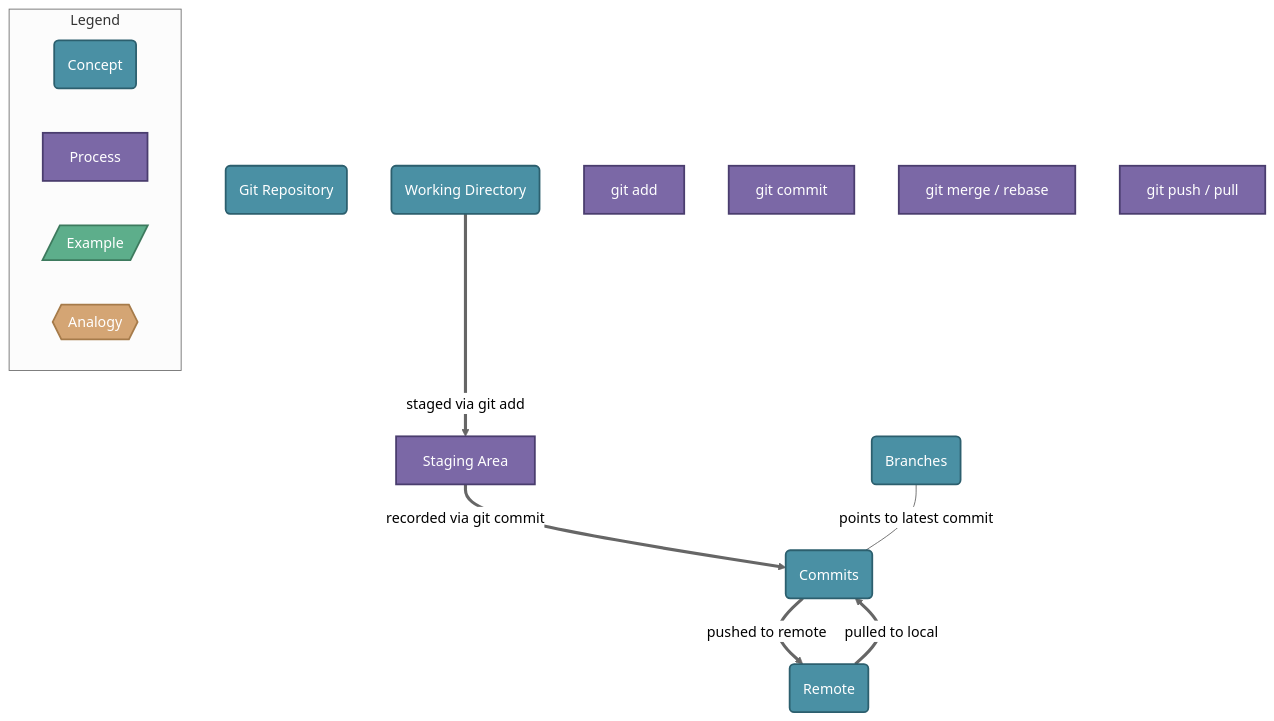
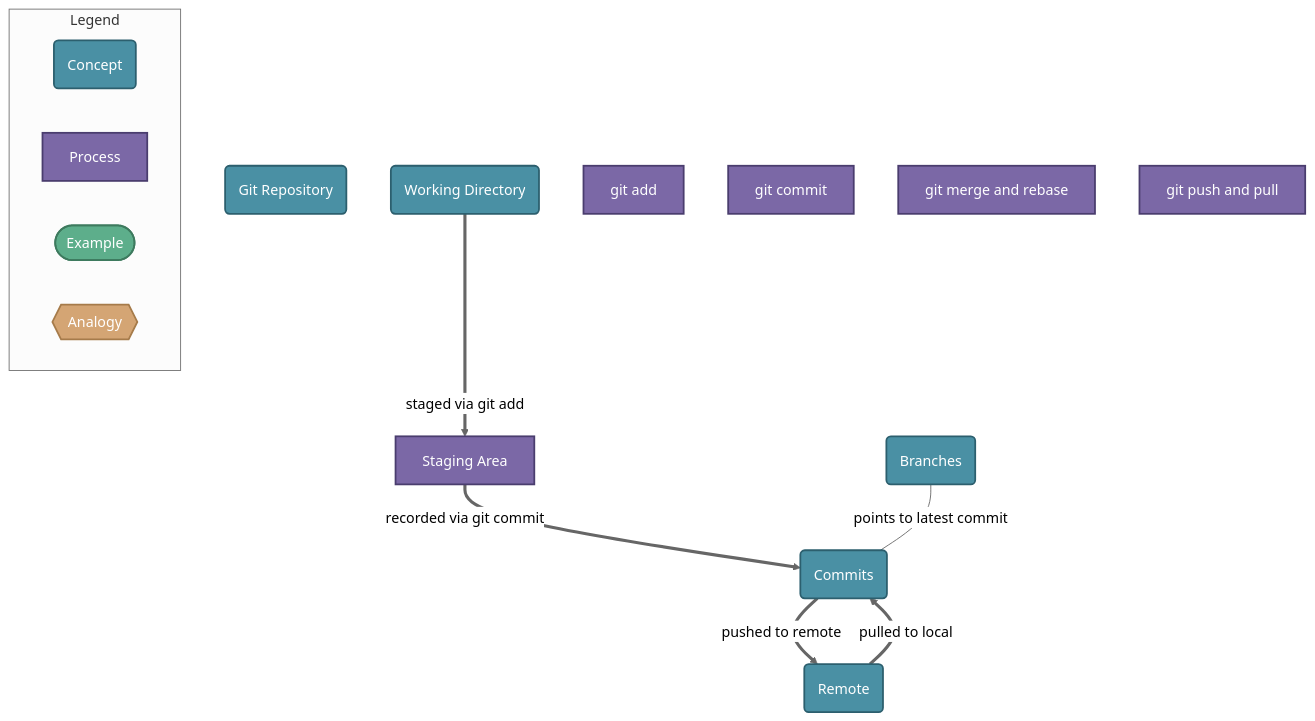
Before and after one commit to mallyadeepak/mental-model-ai: the diagram in mental-models/git-version-control.md, drawn with Mermaid (neutral theme). The commit also changed other lines of this file and 6 other files, not shown here.

First line of the commit message:
fix: Quote Mermaid labels and use stadium shape for examples

````diff
--- a/mental-models/git-version-control.md
+++ b/mental-models/git-version-control.md
@@ -7,31 +7,31 @@
 ```mermaid
 flowchart TB
   classDef concept fill:#4A90A4,stroke:#2C5F6E,stroke-width:2px,color:#fff
   classDef process fill:#7B68A6,stroke:#4A3D6E,stroke-width:2px,color:#fff
   classDef example fill:#5DAE8B,stroke:#3D7A5E,stroke-width:2px,color:#fff
   classDef analogy fill:#D4A574,stroke:#A67B4A,stroke-width:2px,color:#fff
   n1(Git Repository)
   n2(Working Directory)
   n3[Staging Area]
   n4(Commits)
   n5(Branches)
   n6(Remote)
   n7[git add]
   n8[git commit]
-  n9[git merge / rebase]
-  n10[git push / pull]
+  n9[git merge and rebase]
+  n10[git push and pull]
   class n1,n2,n4,n5,n6 concept
   class n3,n7,n8,n9,n10 process
   n2 ==>|staged via git add| n3
   n3 ==>|recorded via git commit| n4
   n5 ---|points to latest commit| n4
   n4 ==>|pushed to remote| n6
   n6 ==>|pulled to local| n4
 
   subgraph Legend
     L1(Concept):::concept
     L2[Process]:::process
-    L3[/Example/]:::example
+    L3(["Example"]):::example
     L4{{Analogy}}:::analogy
   end
 ```
````
